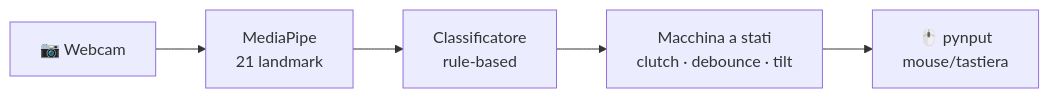
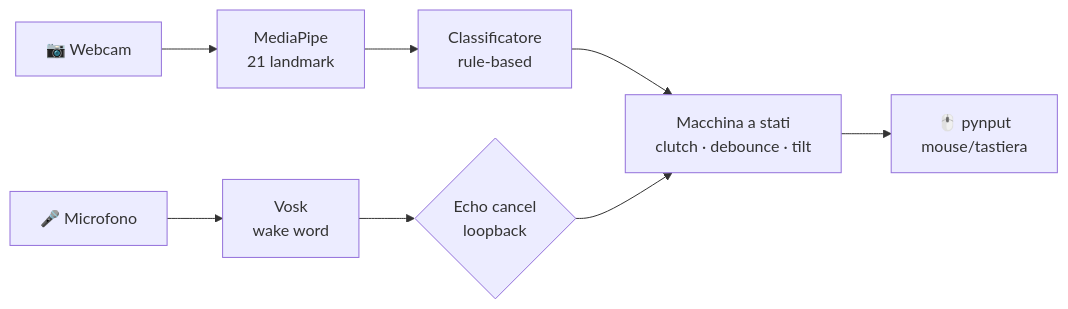
The diagram in README.md (pilgrimdelamare/MaraMouse), drawn with Mermaid before and after one commit. The commit also changed other lines of this file and 3 other files, not shown here.

````diff
--- a/README.md
+++ b/README.md
@@ -101,7 +121,10 @@
 ```mermaid
 flowchart LR
     A[📷 Webcam] --> B[MediaPipe<br/>21 landmark]
     B --> C[Classificatore<br/>rule-based]
     C --> D[Macchina a stati<br/>clutch · debounce · tilt]
     D --> E[🖱️ pynput<br/>mouse/tastiera]
+    F[🎤 Microfono] --> G[Vosk<br/>wake word]
+    G --> H{Echo cancel<br/>loopback}
+    H --> D
 ```
````
